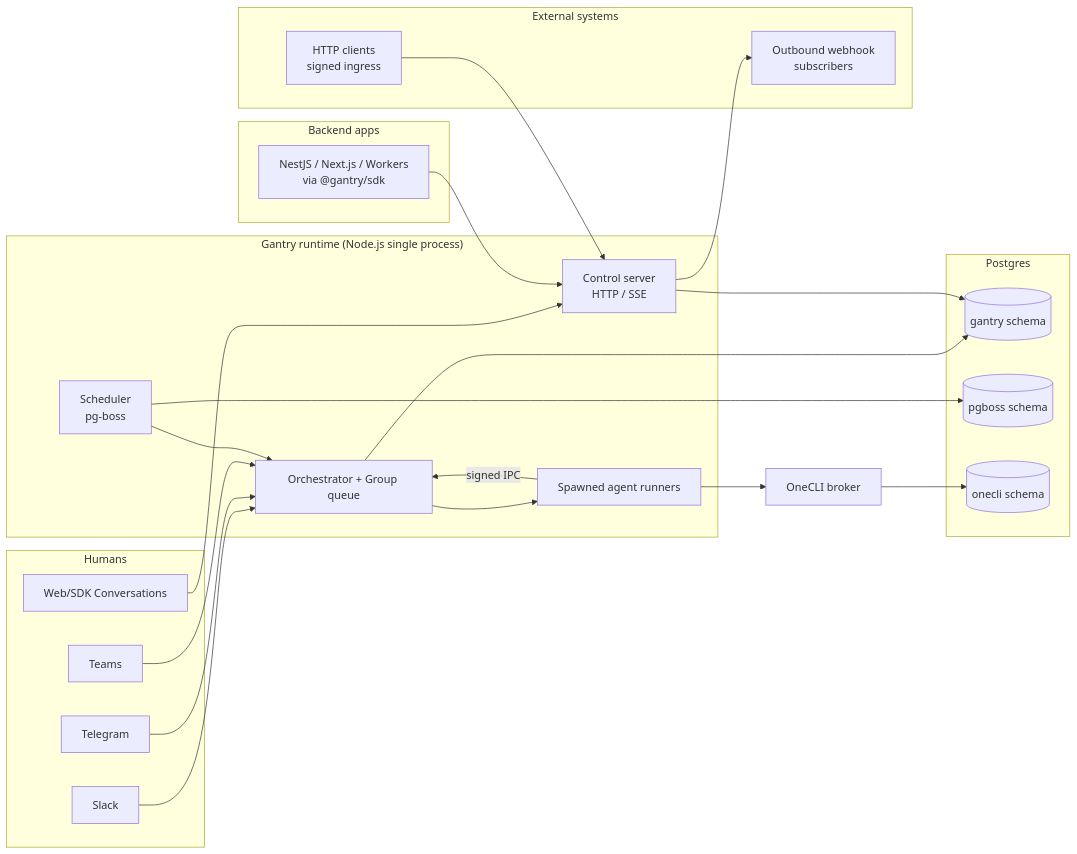
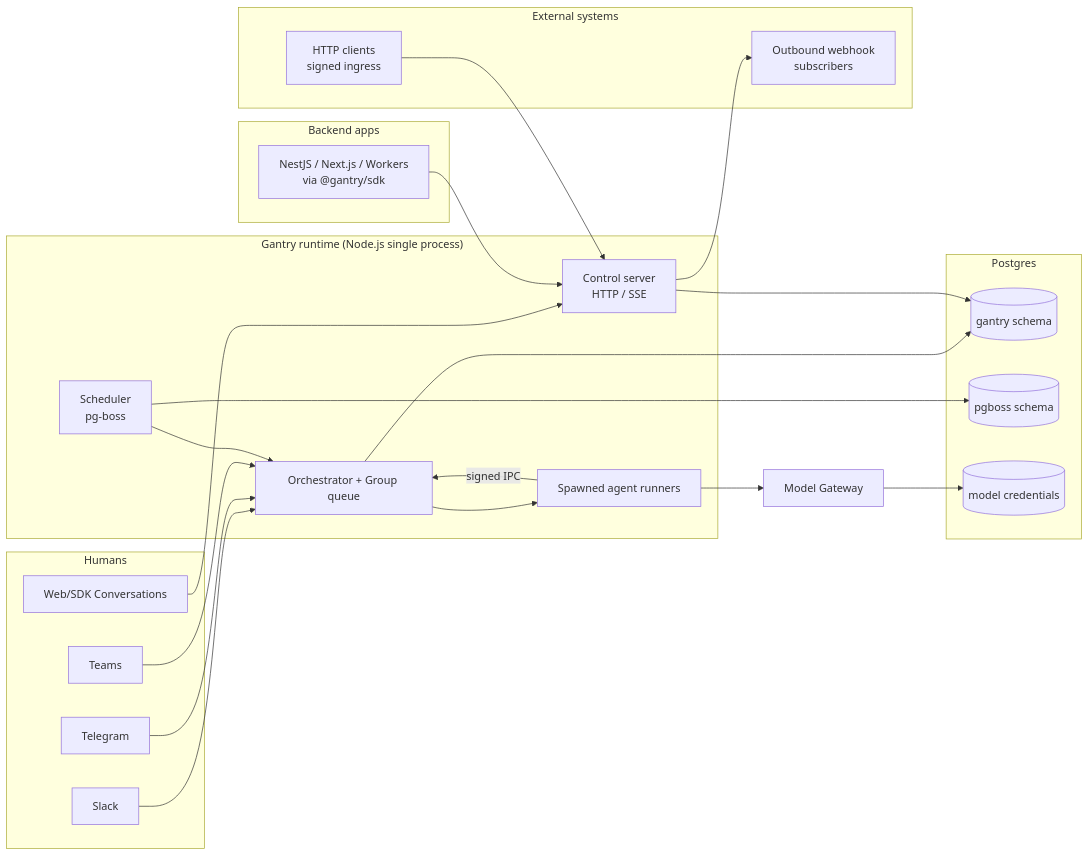
Before and after one commit to cawstudios/Agent.Gantry: the first of 12 diagrams in docs/architecture/overview.md, drawn with Mermaid. The commit also changed other lines of this file and 189 other files, not shown here.

Commit message:
feat: add Gantry credential center and model gateway

````diff
--- a/docs/architecture/overview.md
+++ b/docs/architecture/overview.md
@@ -17,44 +17,44 @@
 ```mermaid
 flowchart LR
   subgraph Humans
     SL[Slack]
     TG[Telegram]
     TE[Teams]
     WB[Web/SDK Conversations]
   end
   subgraph "External systems"
     EXT[HTTP clients<br/>signed ingress]
     HOOK[Outbound webhook<br/>subscribers]
   end
   subgraph "Backend apps"
     SDK[NestJS / Next.js / Workers<br/>via @gantry/sdk]
   end
   subgraph "Gantry runtime (Node.js single process)"
     ORCH[Orchestrator + Group queue]
     CTRL[Control server<br/>HTTP / SSE]
     SCHED[Scheduler<br/>pg-boss]
     AGS[Spawned agent runners]
   end
   subgraph "Postgres"
     PGM[(gantry schema)]
     PGB[(pgboss schema)]
-    PGO[(onecli schema)]
+    CRED[(model credentials)]
   end
-  ONE[OneCLI broker]
+  MGW[Model Gateway]
 
   SL --> ORCH
   TG --> ORCH
   TE --> ORCH
   WB --> CTRL
   SDK --> CTRL
   EXT --> CTRL
+  AGS --> MGW
+  MGW --> CRED
   ORCH --> AGS
   AGS -->|signed IPC| ORCH
   ORCH --> PGM
   CTRL --> PGM
   SCHED --> PGB
   SCHED --> ORCH
-  AGS --> ONE
-  ONE --> PGO
   CTRL --> HOOK
 ```
````
